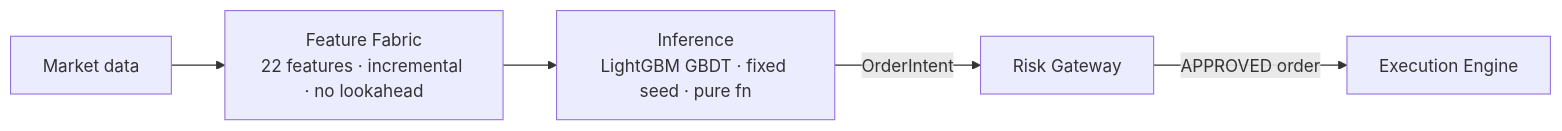
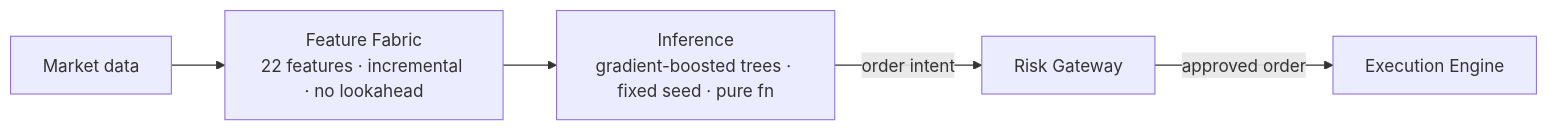
One commit to abrar99966/Multi-Agent-Enterprise-Trading-Bot changed the third of 7 diagrams in docs/ARCHITECTURE.md. Above: the diagram before and after it, drawn with Mermaid. The commit also changed other lines of this file, not shown here.

First line of the commit message:
docs: final professional polish of ARCHITECTURE.md

````diff
--- a/docs/ARCHITECTURE.md
+++ b/docs/ARCHITECTURE.md
@@ -182,7 +193,7 @@
 ```mermaid
 graph LR
-    FH["Market data"] --> FF["Feature Fabric<br/>22 features · incremental · no lookahead"]
-    FF --> INF["Inference<br/>LightGBM GBDT · fixed seed · pure fn"]
-    INF -->|"OrderIntent"| RG["Risk Gateway"]
-    RG -->|"APPROVED order"| EX["Execution Engine"]
+    MD["Market data"] --> FF["Feature Fabric<br/>22 features · incremental · no lookahead"]
+    FF --> INF["Inference<br/>gradient-boosted trees · fixed seed · pure fn"]
+    INF -->|order intent| RG["Risk Gateway"]
+    RG -->|approved order| EX["Execution Engine"]
 ```
````
